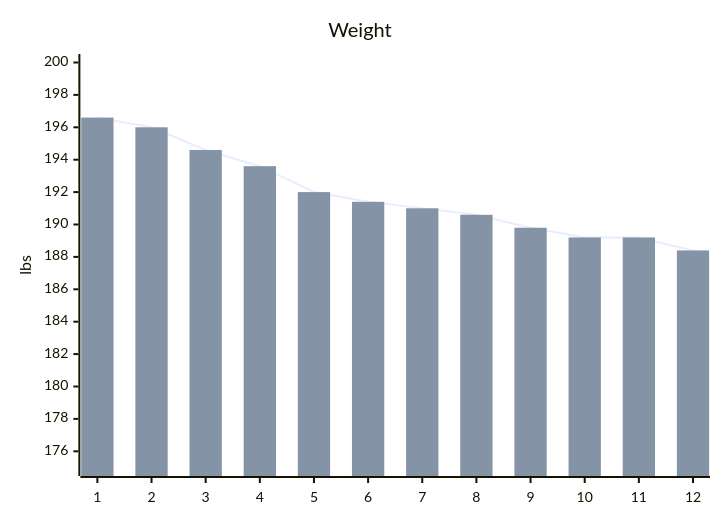
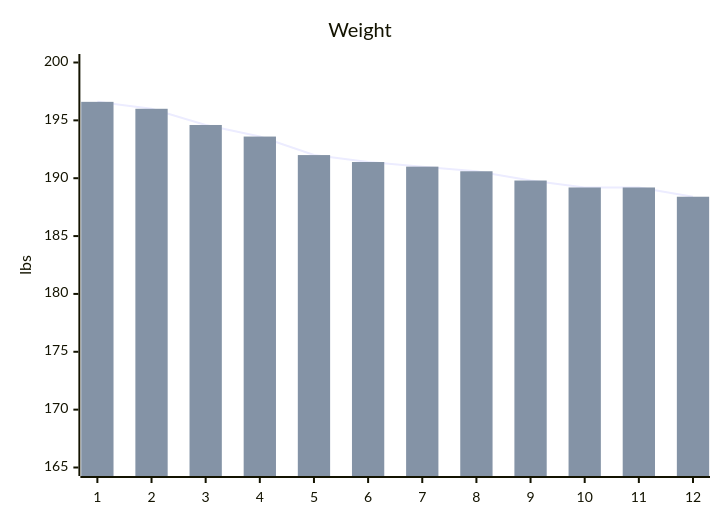
Before and after one commit to stevenelson35/stevenelson35.github.io: the diagram in all_collections/_personal/goals.md, drawn with Mermaid.

```diff
--- a/all_collections/_personal/goals.md
+++ b/all_collections/_personal/goals.md
@@ -11,8 +11,8 @@
 <pre class="mermaid" >
   xychart-beta
     title "Weight" 
     x-axis [1, 2, 3, 4, 5, 6, 7, 8, 9, 10, 11, 12] 
-    y-axis "lbs" 175 --> 200
+    y-axis "lbs" 165 --> 200
     line [196.6, 196.0, 194.6, 193.6, 192.0, 191.4, 191.0, 190.6, 189.8, 189.2, 189.2, 188.4]
     bar [196.6, 196.0, 194.6, 193.6, 192.0, 191.4, 191.0, 190.6, 189.8, 189.2, 189.2, 188.4]
 </pre>
```
